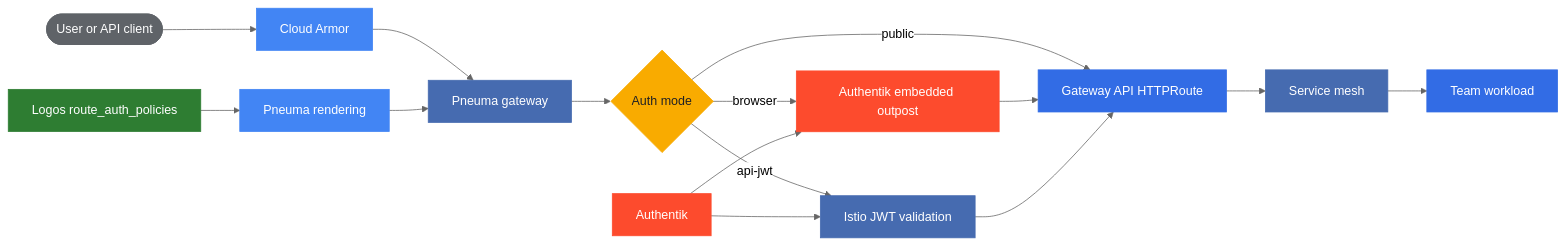
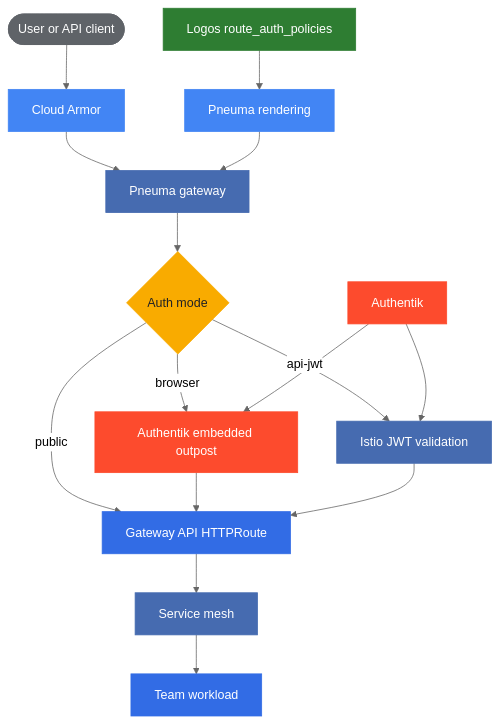
Before and after one commit to osinfra-io/pt-ekklesia-docs: the diagram in docs/platform-grouping/pneuma/gateway-authentication.md, drawn with Mermaid (neutral theme).

Commit message:
Use a top-down authentication diagram

````diff
--- a/docs/platform-grouping/pneuma/gateway-authentication.md
+++ b/docs/platform-grouping/pneuma/gateway-authentication.md
@@ -21,26 +21,26 @@
 ```mermaid
-flowchart LR
+flowchart TD
     classDef client fill:#5F6368,stroke:#5F6368,color:#fff
     classDef gcp fill:#4285F4,stroke:#4285F4,color:#fff
     classDef istio fill:#466BB0,stroke:#466BB0,color:#fff
     classDef authentik fill:#FD4B2D,stroke:#FD4B2D,color:#fff
     classDef kubernetes fill:#326CE5,stroke:#326CE5,color:#fff
     classDef logos fill:#2E7D32,stroke:#2E7D32,color:#fff
     classDef decision fill:#F9AB00,stroke:#F9AB00,color:#202124
 
     Client([User or API client]):::client --> Armor[Cloud Armor]:::gcp
     Armor --> Gateway[Pneuma gateway]:::istio
     Gateway --> Mode{Auth mode}
     Mode:::decision -->|browser| Outpost[Authentik embedded outpost]:::authentik
     Mode -->|api-jwt| JWT[Istio JWT validation]:::istio
     Mode -->|public| Route[Gateway API HTTPRoute]:::kubernetes
     Outpost --> Route
     JWT --> Route
     Route --> Mesh[Service mesh]:::istio
     Mesh --> Workload[Team workload]:::kubernetes
 
     Logos[Logos route_auth_policies]:::logos --> Pneuma[Pneuma rendering]:::gcp
     Pneuma --> Gateway
     Authentik[Authentik]:::authentik --> Outpost
     Authentik --> JWT
 ```
````
